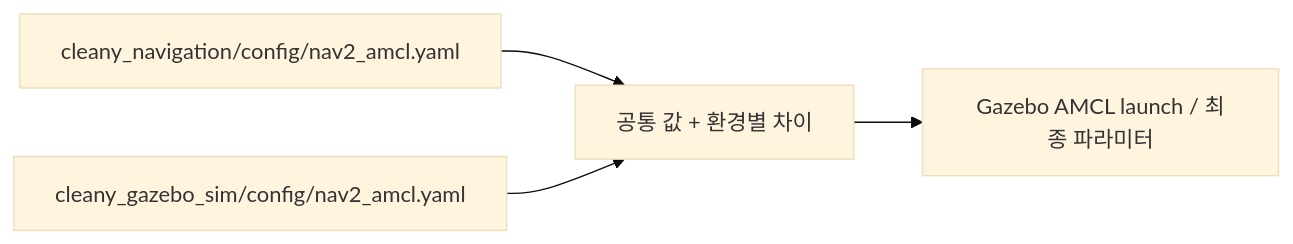
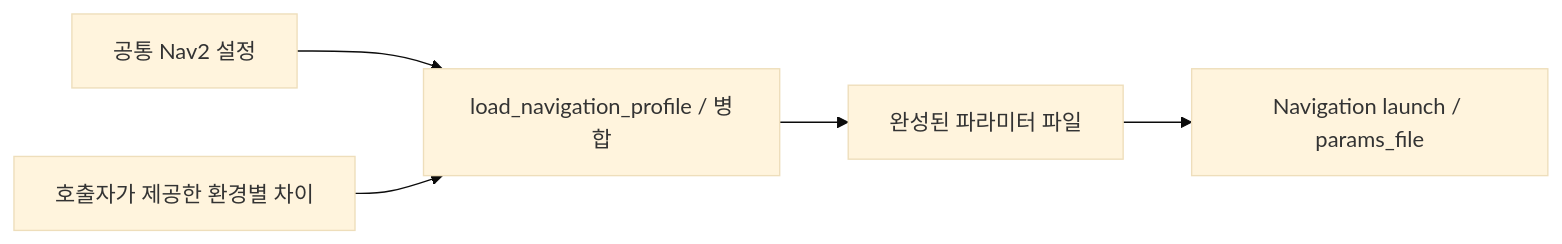
The third of 5 diagrams in ros2_ws/src/cleany_navigation/docs/planning.md (asm17-moving-agent/cleany), drawn with Mermaid (base theme) before and after one commit. The commit also changed other lines of this file and 56 other files, not shown here.

Commit message:
Refactor navigation profile names and clarify documentation ownership

````diff
--- a/ros2_ws/src/cleany_navigation/docs/planning.md
+++ b/ros2_ws/src/cleany_navigation/docs/planning.md
@@ -33,6 +46,7 @@
 ```mermaid
 flowchart LR
-    Base["cleany_navigation/config/nav2_amcl.yaml"] --> Compose["공통 값 + 환경별 차이"]
-    Gazebo["cleany_gazebo_sim/config/nav2_amcl.yaml"] --> Compose
-    Compose --> Launch["Gazebo AMCL launch / 최종 파라미터"]
+    Base["공통 Nav2 설정"] --> Merge["load_navigation_profile / 병합"]
+    Overlay["호출자가 제공한 환경별 차이"] --> Merge
+    Merge --> Resolved["완성된 파라미터 파일"]
+    Resolved --> Entry["Navigation launch / params_file"]
 ```
````
